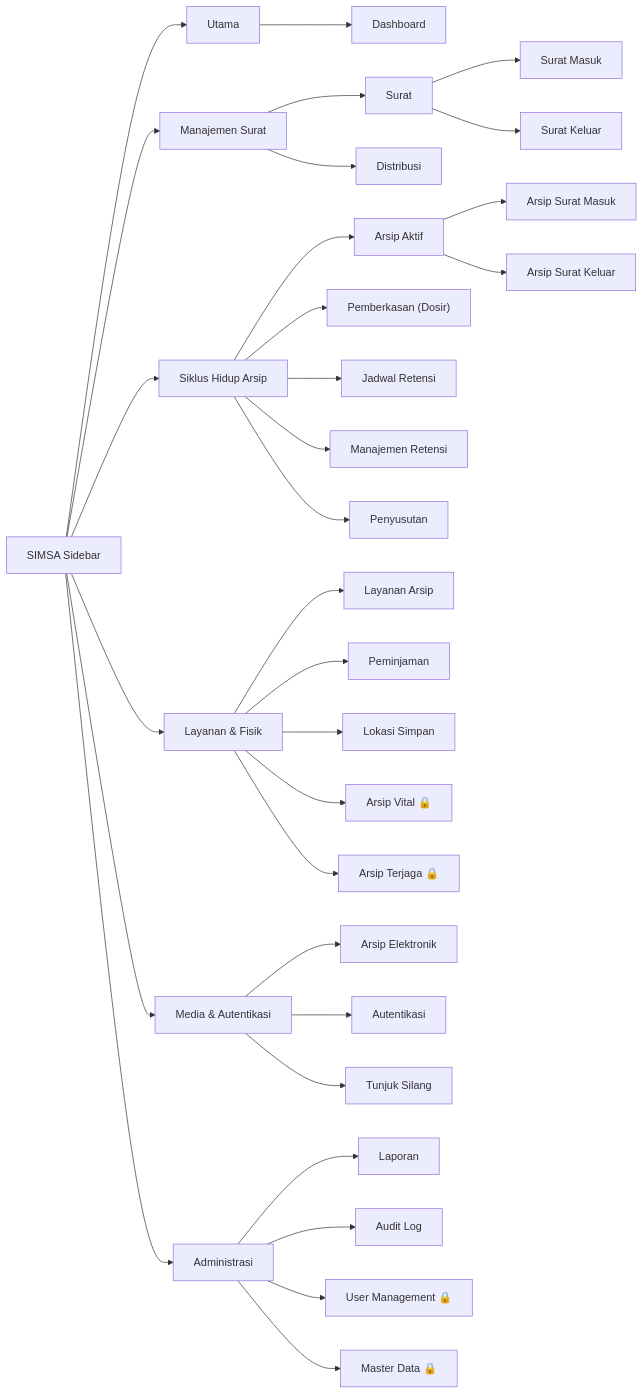
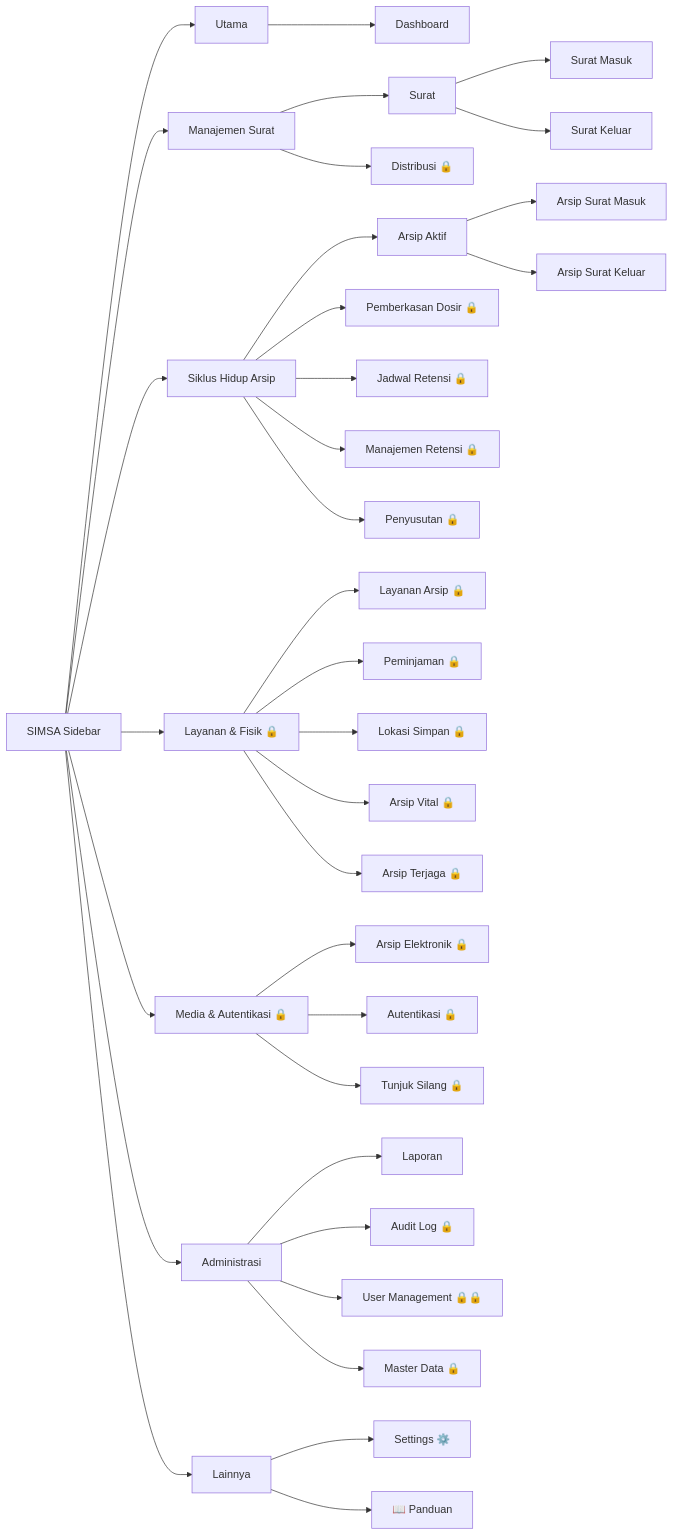
The second of 8 diagrams in PANDUAN_PENGGUNAAN_SIMSA.md (bayilaras/simsa-atrbpn), drawn with Mermaid before and after one commit. The commit also changed other lines of this file and 11 other files, not shown here.

````diff
--- a/PANDUAN_PENGGUNAAN_SIMSA.md
+++ b/PANDUAN_PENGGUNAAN_SIMSA.md
@@ -227,39 +228,43 @@
 ```mermaid
 graph LR
     A[SIMSA Sidebar] --> B[Utama]
     A --> C[Manajemen Surat]
     A --> D[Siklus Hidup Arsip]
-    A --> E[Layanan & Fisik]
-    A --> F["Media & Autentikasi"]
+    A --> E["Layanan & Fisik 🔒"]
+    A --> F["Media & Autentikasi 🔒"]
     A --> G[Administrasi]
+    A --> H[Lainnya]
 
     B --> B1[Dashboard]
 
     C --> C1[Surat]
     C1 --> C1a[Surat Masuk]
     C1 --> C1b[Surat Keluar]
-    C --> C2[Distribusi]
+    C --> C2["Distribusi 🔒"]
 
     D --> D1[Arsip Aktif]
     D1 --> D1a[Arsip Surat Masuk]
     D1 --> D1b[Arsip Surat Keluar]
-    D --> D2["Pemberkasan (Dosir)"]
-    D --> D3[Jadwal Retensi]
-    D --> D4[Manajemen Retensi]
-    D --> D5[Penyusutan]
+    D --> D2["Pemberkasan Dosir 🔒"]
+    D --> D3["Jadwal Retensi 🔒"]
+    D --> D4["Manajemen Retensi 🔒"]
+    D --> D5["Penyusutan 🔒"]
 
-    E --> E1[Layanan Arsip]
-    E --> E2[Peminjaman]
-    E --> E3[Lokasi Simpan]
+    E --> E1["Layanan Arsip 🔒"]
+    E --> E2["Peminjaman 🔒"]
+    E --> E3["Lokasi Simpan 🔒"]
     E --> E4["Arsip Vital 🔒"]
     E --> E5["Arsip Terjaga 🔒"]
 
-    F --> F1[Arsip Elektronik]
-    F --> F2[Autentikasi]
-    F --> F3[Tunjuk Silang]
+    F --> F1["Arsip Elektronik 🔒"]
+    F --> F2["Autentikasi 🔒"]
+    F --> F3["Tunjuk Silang 🔒"]
 
     G --> G1[Laporan]
-    G --> G2[Audit Log]
-    G --> G3["User Management 🔒"]
+    G --> G2["Audit Log 🔒"]
+    G --> G3["User Management 🔒🔒"]
     G --> G4["Master Data 🔒"]
+
+    H --> H1["Settings ⚙️"]
+    H --> H2["📖 Panduan"]
 ```
````
